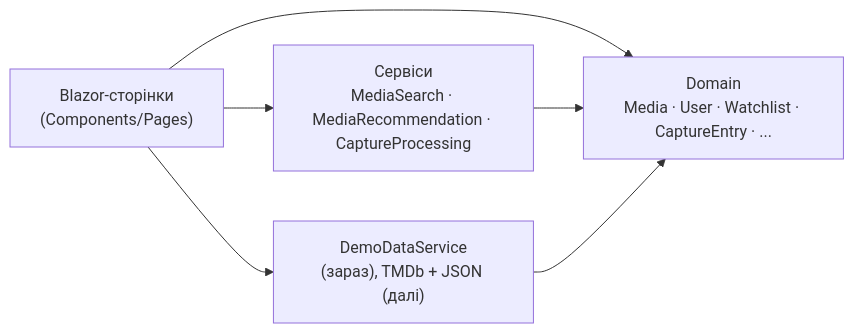
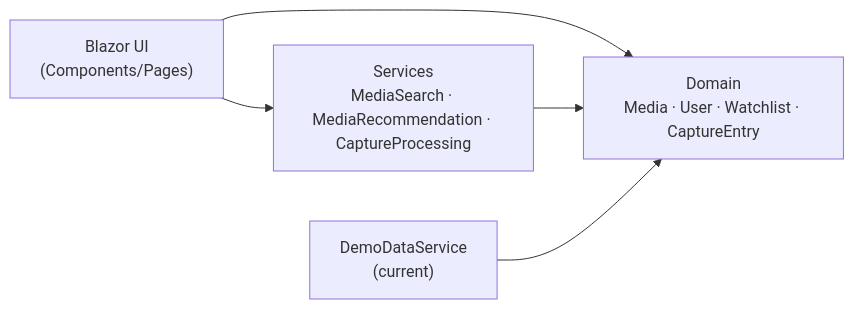
Before and after one commit to borjomiversus/Myosotis: the diagram in README.md, drawn with Mermaid. The commit also changed other lines of this file, not shown here.

````diff
--- a/README.md
+++ b/README.md
@@ -94,8 +56,7 @@
 ```mermaid
 flowchart LR
-    UI["Blazor-сторінки<br/>(Components/Pages)"] --> S["Сервіси<br/>MediaSearch · MediaRecommendation · CaptureProcessing"]
-    UI --> D
-    S --> D["Domain<br/>Media · User · Watchlist · CaptureEntry · ..."]
-    DS["DemoDataService<br/>(зараз), TMDb + JSON (далі)"] --> D
-    UI --> DS
+    UI["Blazor UI<br/>(Components/Pages)"] --> S["Services<br/>MediaSearch · MediaRecommendation · CaptureProcessing"]
+    UI --> D["Domain<br/>Media · User · Watchlist · CaptureEntry"]
+    S --> D
+    DS["DemoDataService<br/>(current)"] --> D
 ```
````
